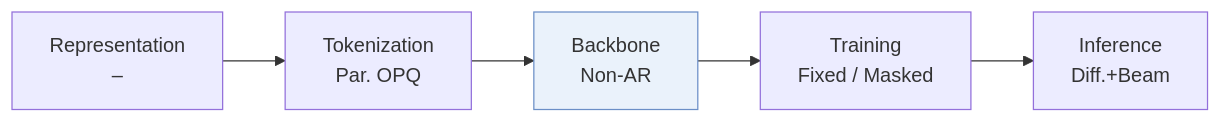
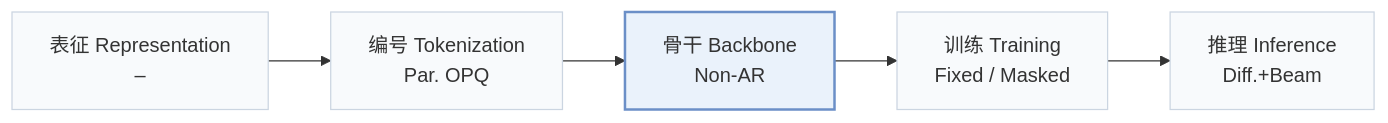
One commit to Galaxy-ghost/Awesome-SID-Generative-Rec changed the first of 2 diagrams in pages/zh/papers/mdgr.md. Above: the diagram before and after it, drawn with Mermaid. The commit also changed other lines of this file and 649 other files, not shown here.

Commit message:
writer-05: also tags and modality index (schema, check, build, visuals); summary field removed; calibration data for 12 papers

````diff
--- a/pages/zh/papers/mdgr.md
+++ b/pages/zh/papers/mdgr.md
@@ -13,6 +15,8 @@
 ```mermaid
 flowchart LR
-    R["Representation<br/>–"] --> T["Tokenization<br/>Par. OPQ"] --> B["Backbone<br/>Non-AR"] --> TR["Training<br/>Fixed / Masked"] --> I["Inference<br/>Diff.+Beam"]
-    classDef main fill:#eaf2fb,stroke:#6b8fc7
+    R["表征 Representation<br/>–"] --> T["编号 Tokenization<br/>Par. OPQ"] --> B["骨干 Backbone<br/>Non-AR"] --> TR["训练 Training<br/>Fixed / Masked"] --> I["推理 Inference<br/>Diff.+Beam"]
+    classDef base fill:#f8fafc,stroke:#cbd5e1
+    class R,T,B,TR,I base
+    classDef main fill:#eaf2fb,stroke:#6b8fc7,stroke-width:2px
     class B main
 ```
````
